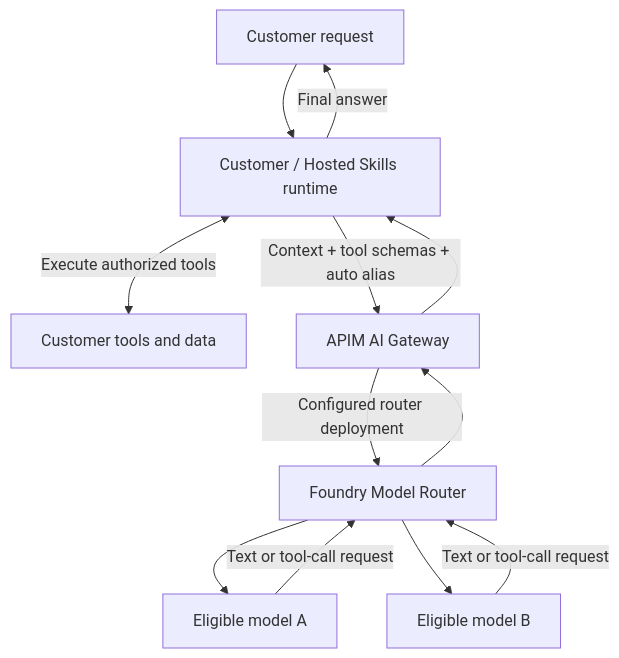
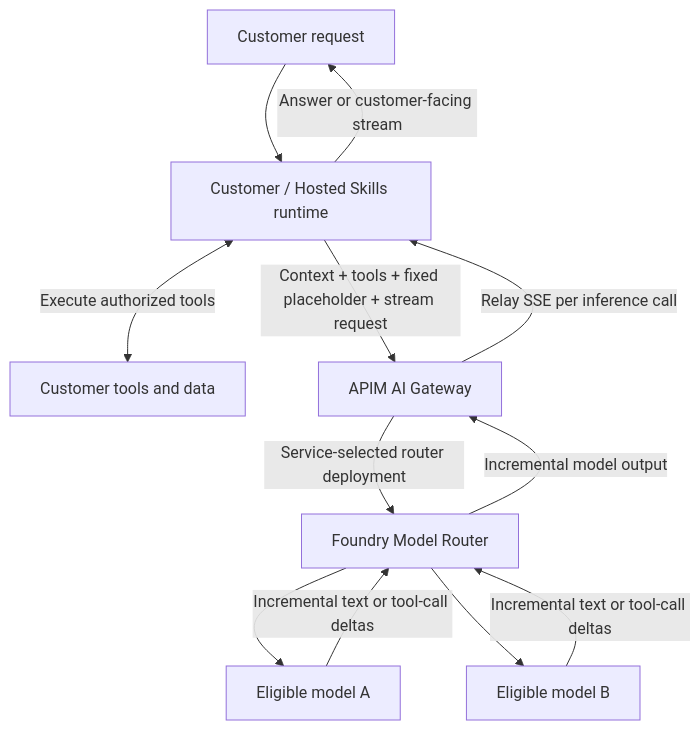
One commit to swapnil-nagar/model-service-pocs changed the first of 2 diagrams in 09-stateless-model-router/README.md. Above: the diagram before and after it, drawn with Mermaid. The commit also changed other lines of this file and 18 other files, not shown here.

Commit message:
Add native Model Router runtime sample

````diff
--- a/09-stateless-model-router/README.md
+++ b/09-stateless-model-router/README.md
@@ -21,14 +29,14 @@
 ```mermaid
 flowchart TB
     U[Customer request] --> R[Customer / Hosted Skills runtime]
     R <-->|Execute authorized tools| T[Customer tools and data]
-    R -->|Context + tool schemas + auto alias| G[APIM AI Gateway]
-    G -->|Configured router deployment| MR[Foundry Model Router]
+    R -->|Context + tools + fixed placeholder + stream request| G[APIM AI Gateway]
+    G -->|Service-selected router deployment| MR[Foundry Model Router]
     MR --> A[Eligible model A]
     MR --> B[Eligible model B]
-    A -->|Text or tool-call request| MR
-    B -->|Text or tool-call request| MR
-    MR --> G
-    G --> R
-    R -->|Final answer| U
+    A -->|Incremental text or tool-call deltas| MR
+    B -->|Incremental text or tool-call deltas| MR
+    MR -->|Incremental model output| G
+    G -->|Relay SSE per inference call| R
+    R -->|Answer or customer-facing stream| U
 ```
````
